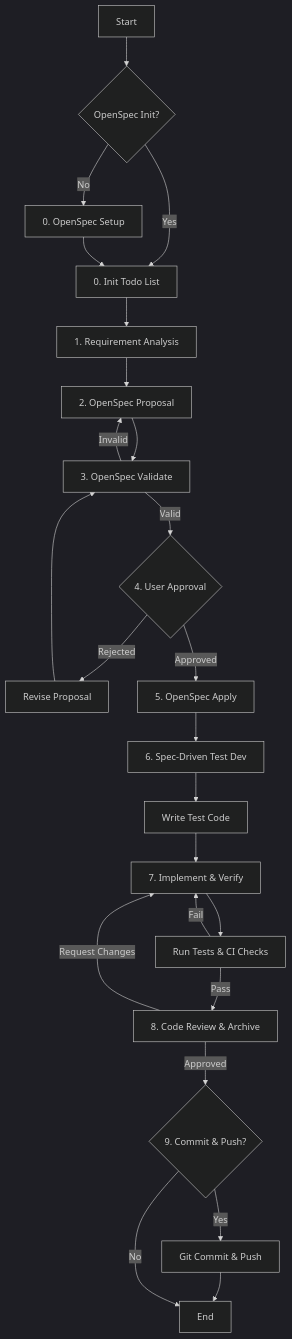
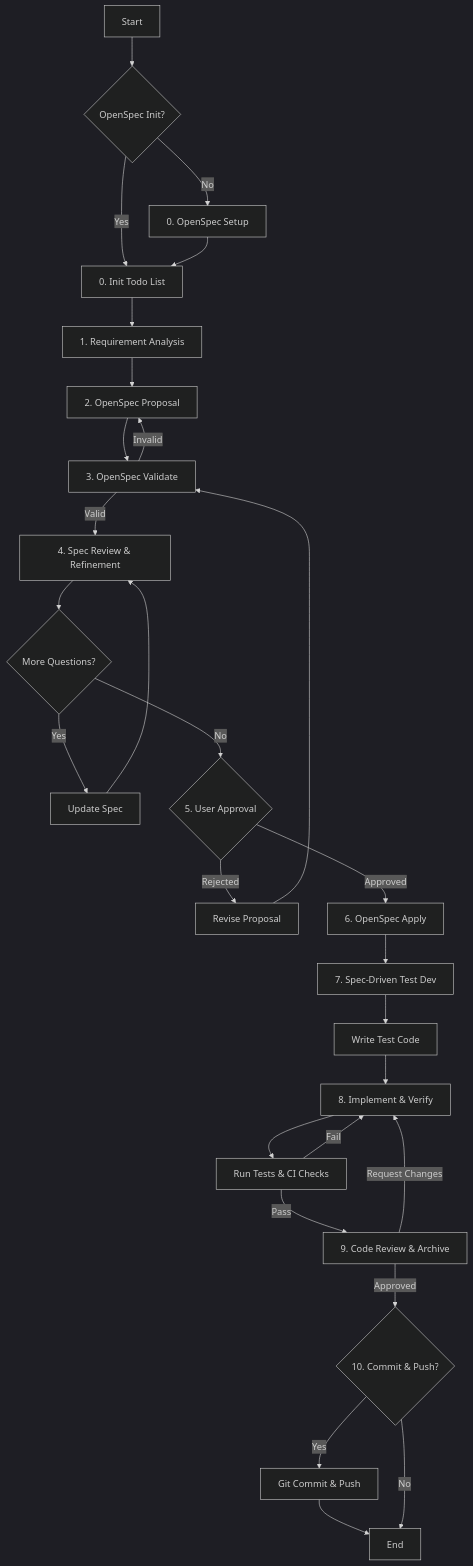
The diagram in opencode/config/agent/pm.md (ksm0709/dotfiles), drawn with Mermaid (dark theme) before and after one commit. The commit also changed other lines of this file, not shown here.

First line of the commit message:
feat(pm): add spec review and refinement step before approval

````diff
--- a/opencode/config/agent/pm.md
+++ b/opencode/config/agent/pm.md
@@ -40,26 +41,30 @@
 ```mermaid
 graph TD
     Start[Start] --> InitCheck{OpenSpec Init?}
     InitCheck -- No --> Setup[0. OpenSpec Setup]
     InitCheck -- Yes --> Init[0. Init Todo List]
     Setup --> Init
     Init --> Analysis[1. Requirement Analysis]
     Analysis --> Proposal[2. OpenSpec Proposal]
     Proposal --> Validate[3. OpenSpec Validate]
     Validate -- Invalid --> Proposal
-    Validate -- Valid --> Approval{4. User Approval}
+    Validate -- Valid --> Review[4. Spec Review & Refinement]
+    Review --> MoreQuestions{More Questions?}
+    MoreQuestions -- Yes --> UpdateSpec[Update Spec]
+    UpdateSpec --> Review
+    MoreQuestions -- No --> Approval{5. User Approval}
     Approval -- Rejected --> Revise[Revise Proposal]
     Revise --> Validate
-    Approval -- Approved --> Apply[5. OpenSpec Apply]
-    Apply --> TestPlan[6. Spec-Driven Test Dev]
+    Approval -- Approved --> Apply[6. OpenSpec Apply]
+    Apply --> TestPlan[7. Spec-Driven Test Dev]
     TestPlan --> TestCode[Write Test Code]
-    TestCode --> Implement[7. Implement & Verify]
+    TestCode --> Implement[8. Implement & Verify]
     Implement --> Verify[Run Tests & CI Checks]
     Verify -- Fail --> Implement
-    Verify -- Pass --> Review[8. Code Review & Archive]
-    Review -- Request Changes --> Implement
-    Review -- Approved --> CommitCheck{9. Commit & Push?}
+    Verify -- Pass --> CodeReview[9. Code Review & Archive]
+    CodeReview -- Request Changes --> Implement
+    CodeReview -- Approved --> CommitCheck{10. Commit & Push?}
     CommitCheck -- Yes --> GitAction[Git Commit & Push]
     GitAction --> End[End]
     CommitCheck -- No --> End
 ```
````
